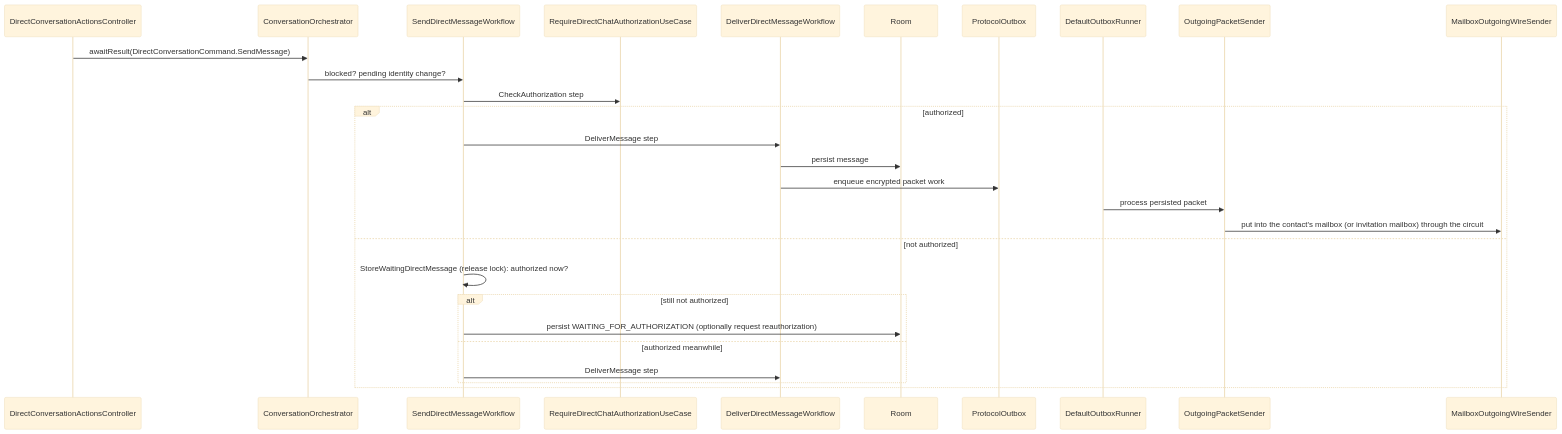
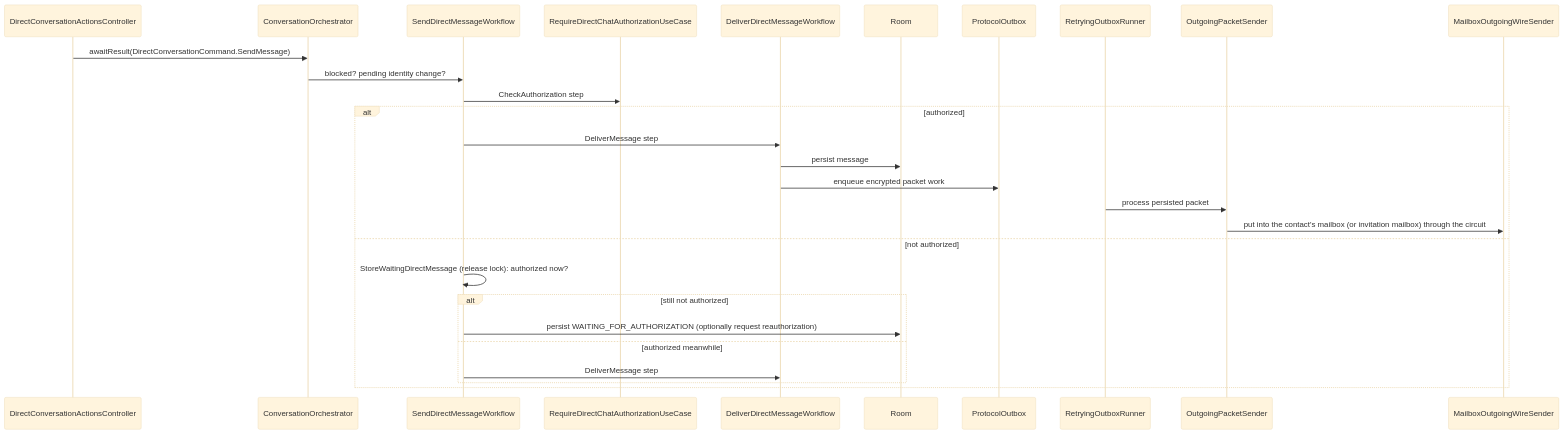
Before and after one commit to cbgm/Sparrow: the first of 3 diagrams in docs/features/message-transport-flow.md, drawn with Mermaid (base theme). The commit also changed other lines of this file and 250 other files, not shown here.

````diff
--- a/docs/features/message-transport-flow.md
+++ b/docs/features/message-transport-flow.md
@@ -7,31 +7,31 @@
 ```mermaid
 sequenceDiagram
     participant VM as DirectConversationActionsController
     participant ORCH as ConversationOrchestrator
     participant WF as SendDirectMessageWorkflow
     participant AUTH as RequireDirectChatAuthorizationUseCase
     participant DEL as DeliverDirectMessageWorkflow
     participant DB as Room
     participant OUT as ProtocolOutbox
-    participant RUN as DefaultOutboxRunner
+    participant RUN as RetryingOutboxRunner
     participant SEND as OutgoingPacketSender
     participant MB as MailboxOutgoingWireSender
 
     VM->>ORCH: awaitResult(DirectConversationCommand.SendMessage)
     ORCH->>WF: blocked? pending identity change?
     WF->>AUTH: CheckAuthorization step
     alt authorized
         WF->>DEL: DeliverMessage step
         DEL->>DB: persist message
         DEL->>OUT: enqueue encrypted packet work
         RUN->>SEND: process persisted packet
         SEND->>MB: put into the contact's mailbox (or invitation mailbox) through the circuit
     else not authorized
         WF->>WF: StoreWaitingDirectMessage (release lock): authorized now?
         alt still not authorized
             WF->>DB: persist WAITING_FOR_AUTHORIZATION (optionally request reauthorization)
         else authorized meanwhile
             WF->>DEL: DeliverMessage step
         end
     end
 ```
````
